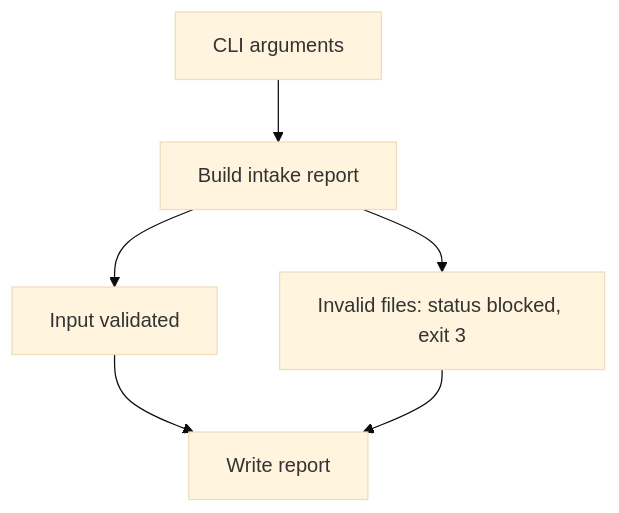
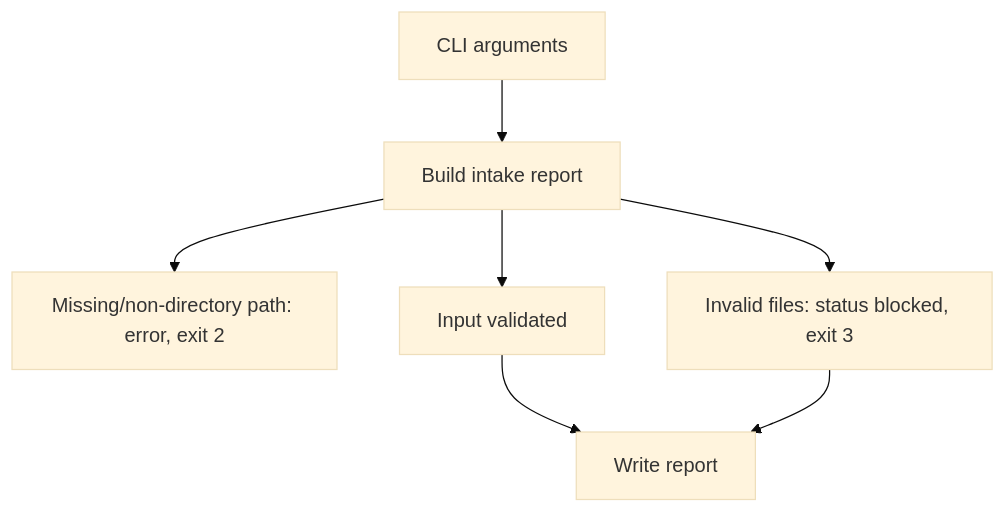
One commit to streamentry/OpenAMP-Foundry changed the first of 2 diagrams in src/openamp_foundry/cli/commands/AGENTS.md. Above: the diagram before and after it, drawn with Mermaid (base theme). The commit also changed other lines of this file and 16 other files, not shown here.

````diff
--- a/src/openamp_foundry/cli/commands/AGENTS.md
+++ b/src/openamp_foundry/cli/commands/AGENTS.md
@@ -15,8 +15,9 @@
 ```mermaid
 flowchart TD
   Args["CLI arguments"] --> Intake["Build intake report"]
+  Intake --> PathError["Missing/non-directory path: error, exit 2"]
   Intake --> Clean["Input validated"]
   Intake --> Blocked["Invalid files: status blocked, exit 3"]
   Clean --> Output["Write report"]
   Blocked --> Output
 ```
````
